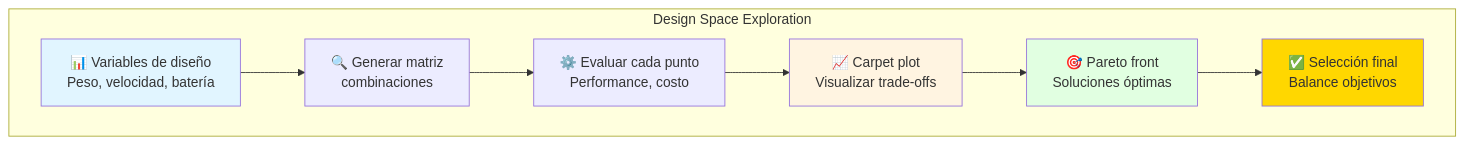
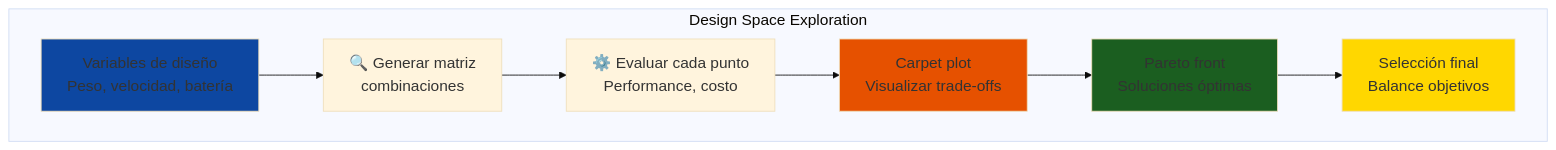
One commit to Ai-Whisperers/Courses-Content changed diagram 11 of 12 in courses/🟡-development/FPUNA-2026/03-INGENIERIA-AERONAUTICA/05-diseno-aeronaves.md. Above: the diagram before and after it, drawn with Mermaid. The commit also changed other lines of this file and 47 other files, not shown here.

First line of the commit message:
fix: Make all 473 diagrams WCAG AAA accessible (FPUNA-2026)

````diff
--- a/courses/🟡-development/FPUNA-2026/03-INGENIERIA-AERONAUTICA/05-diseno-aeronaves.md
+++ b/courses/🟡-development/FPUNA-2026/03-INGENIERIA-AERONAUTICA/05-diseno-aeronaves.md
@@ -1093,21 +1103,22 @@
 ```mermaid
+%%{init: {'theme':'base', 'themeVariables': {'fontSize':'18px'}}}%%
 graph TD
     subgraph "Design Space Exploration"
-        A[📊 Variables de diseño<br/>Peso, velocidad, batería]
+        A[Variables de diseño<br/>Peso, velocidad, batería]
         
         A --> B[🔍 Generar matriz<br/>combinaciones]
         
         B --> C[⚙️ Evaluar cada punto<br/>Performance, costo]
         
-        C --> D[📈 Carpet plot<br/>Visualizar trade-offs]
+        C --> D[Carpet plot<br/>Visualizar trade-offs]
         
-        D --> E[🎯 Pareto front<br/>Soluciones óptimas]
+        D --> E[Pareto front<br/>Soluciones óptimas]
         
-        E --> F[✅ Selección final<br/>Balance objetivos]
+        E --> F[Selección final<br/>Balance objetivos]
     end
     
-    style A fill:#E1F5FF
-    style D fill:#FFF4E1
-    style E fill:#E1FFE1
+    style A fill:#0d47a1
+    style D fill:#e65100
+    style E fill:#1b5e20
     style F fill:#FFD700
 ```
````
